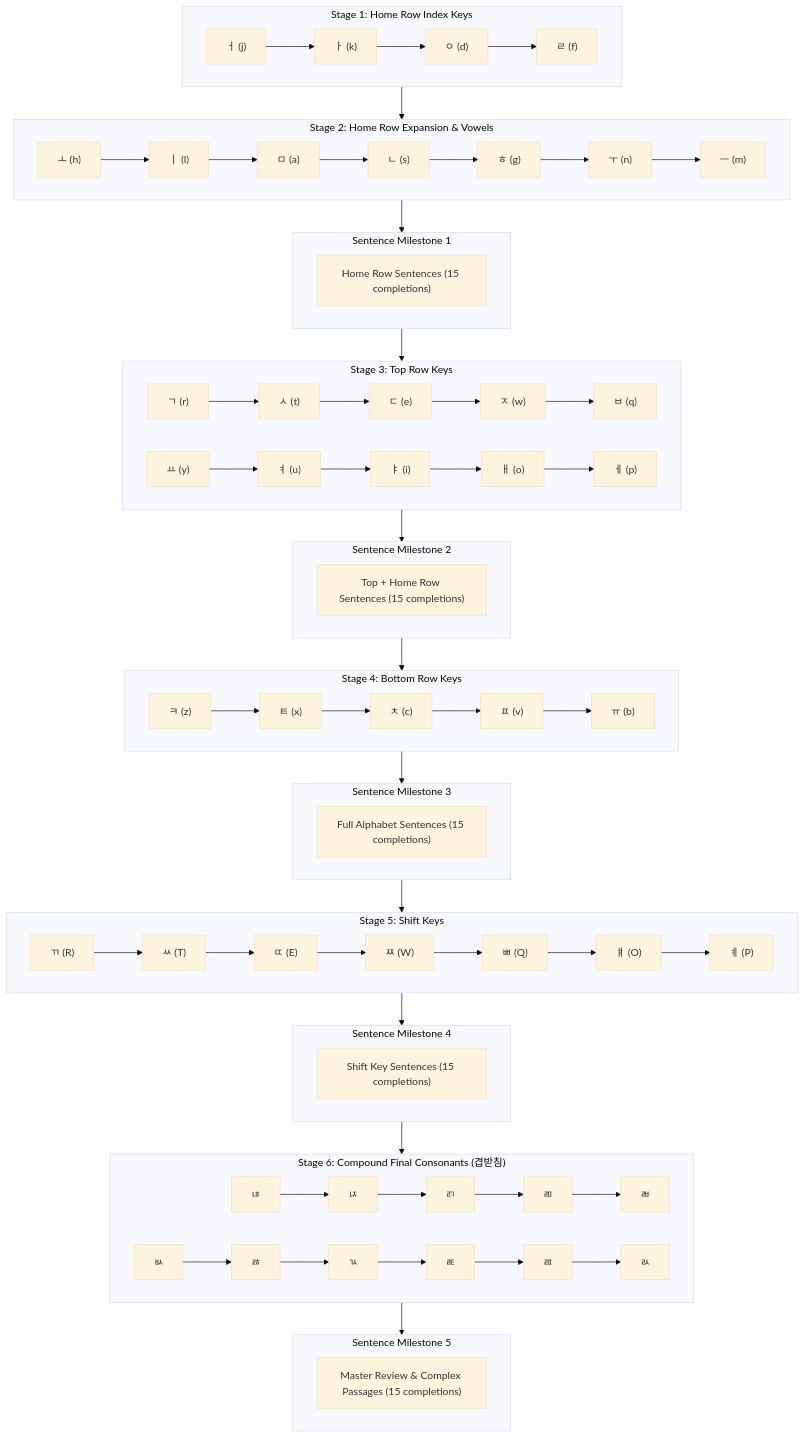
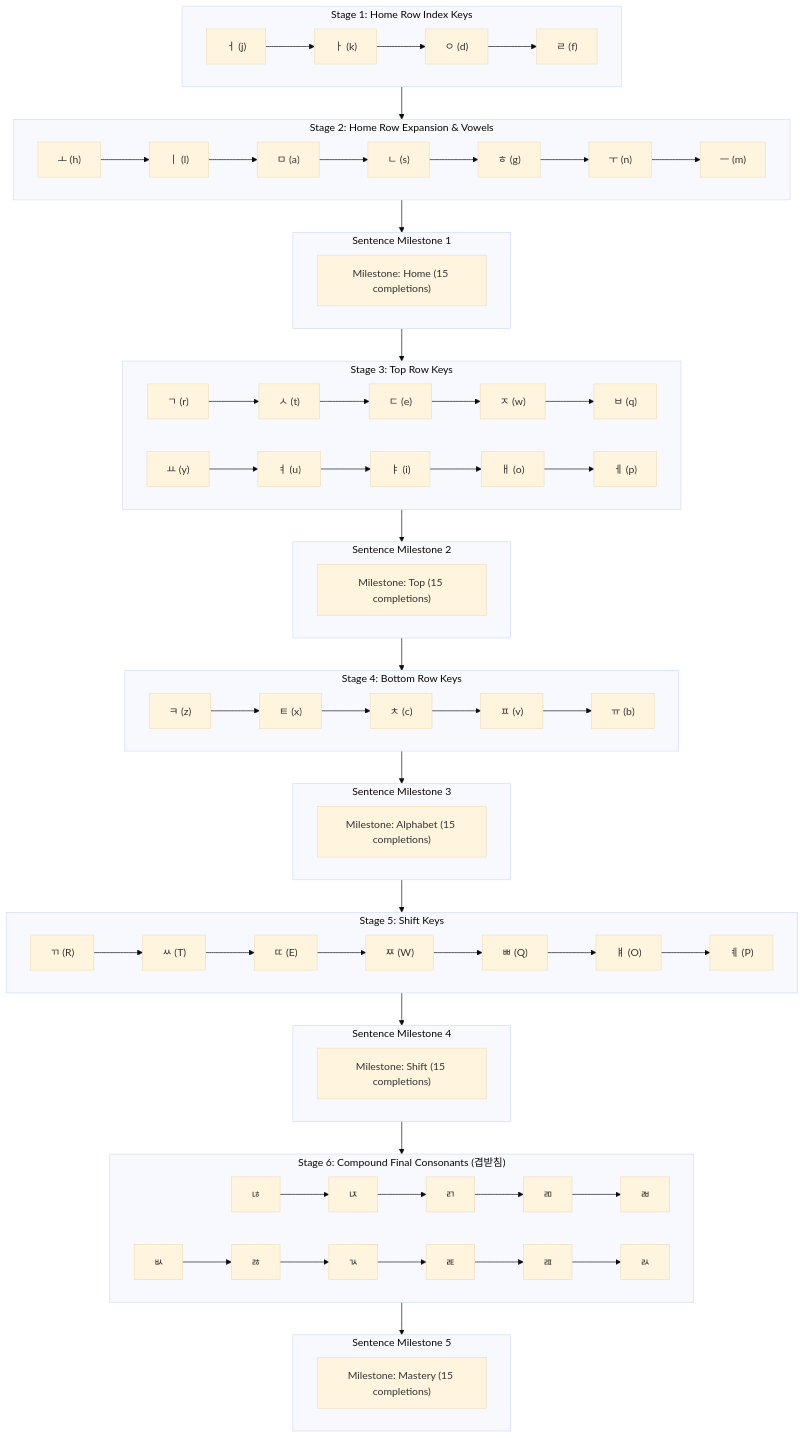
Before and after one commit to dyoo/korean-typing-tutor: the diagram in MASTERY.md, drawn with Mermaid (base theme). The commit also changed 6 other files, not shown here.

````diff
--- a/MASTERY.md
+++ b/MASTERY.md
@@ -25,59 +25,59 @@
 ```mermaid
 flowchart TD
     subgraph Stage1 ["Stage 1: Home Row Index Keys"]
       J1["ㅓ (j)"] --> J2["ㅏ (k)"] --> J3["ㅇ (d)"] --> J4["ㄹ (f)"]
     end
 
     subgraph Stage2 ["Stage 2: Home Row Expansion & Vowels"]
       J5["ㅗ (h)"] --> J6["ㅣ (l)"] --> J7["ㅁ (a)"] --> J8["ㄴ (s)"] --> J9["ㅎ (g)"] --> J10["ㅜ (n)"] --> J11["ㅡ (m)"]
     end
 
     subgraph CP1 ["Sentence Milestone 1"]
-      S_HR["Home Row Sentences (15 completions)"]
+      S_HR["Milestone: Home (15 completions)"]
     end
 
     subgraph Stage3 ["Stage 3: Top Row Keys"]
       J12["ㄱ (r)"] --> J13["ㅅ (t)"] --> J14["ㄷ (e)"] --> J15["ㅈ (w)"] --> J16["ㅂ (q)"]
       J17["ㅛ (y)"] --> J18["ㅕ (u)"] --> J19["ㅑ (i)"] --> J20["ㅐ (o)"] --> J21["ㅔ (p)"]
     end
 
     subgraph CP2 ["Sentence Milestone 2"]
-      S_TH["Top + Home Row Sentences (15 completions)"]
+      S_TH["Milestone: Top (15 completions)"]
     end
 
     subgraph Stage4 ["Stage 4: Bottom Row Keys"]
       J22["ㅋ (z)"] --> J23["ㅌ (x)"] --> J24["ㅊ (c)"] --> J25["ㅍ (v)"] --> J26["ㅠ (b)"]
     end
 
     subgraph CP3 ["Sentence Milestone 3"]
-      S_FA["Full Alphabet Sentences (15 completions)"]
+      S_FA["Milestone: Alphabet (15 completions)"]
     end
 
     subgraph Stage5 ["Stage 5: Shift Keys"]
       J27["ㄲ (R)"] --> J28["ㅆ (T)"] --> J29["ㄸ (E)"] --> J30["ㅉ (W)"] --> J31["ㅃ (Q)"] --> J32["ㅒ (O)"] --> J33["ㅖ (P)"]
     end
 
     subgraph CP4 ["Sentence Milestone 4"]
-      S_SK["Shift Key Sentences (15 completions)"]
+      S_SK["Milestone: Shift (15 completions)"]
     end
 
     subgraph Stage6 ["Stage 6: Compound Final Consonants (겹받침)"]
       J34["ㄶ"] --> J35["ㄵ"] --> J36["ㄺ"] --> J37["ㄻ"] --> J38["ㄼ"]
       J39["ㅄ"] --> J40["ㅀ"] --> J41["ㄳ"] --> J42["ㄾ"] --> J43["ㄿ"] --> J44["ㄽ"]
     end
 
     subgraph CP5 ["Sentence Milestone 5"]
-      S_MA["Master Review & Complex Passages (15 completions)"]
+      S_MA["Milestone: Mastery (15 completions)"]
     end
 
     Stage1 --> Stage2
     Stage2 --> CP1
     CP1 --> Stage3
     Stage3 --> CP2
     CP2 --> Stage4
     Stage4 --> CP3
     CP3 --> Stage5
     Stage5 --> CP4
     CP4 --> Stage6
     Stage6 --> CP5
 ```
````
